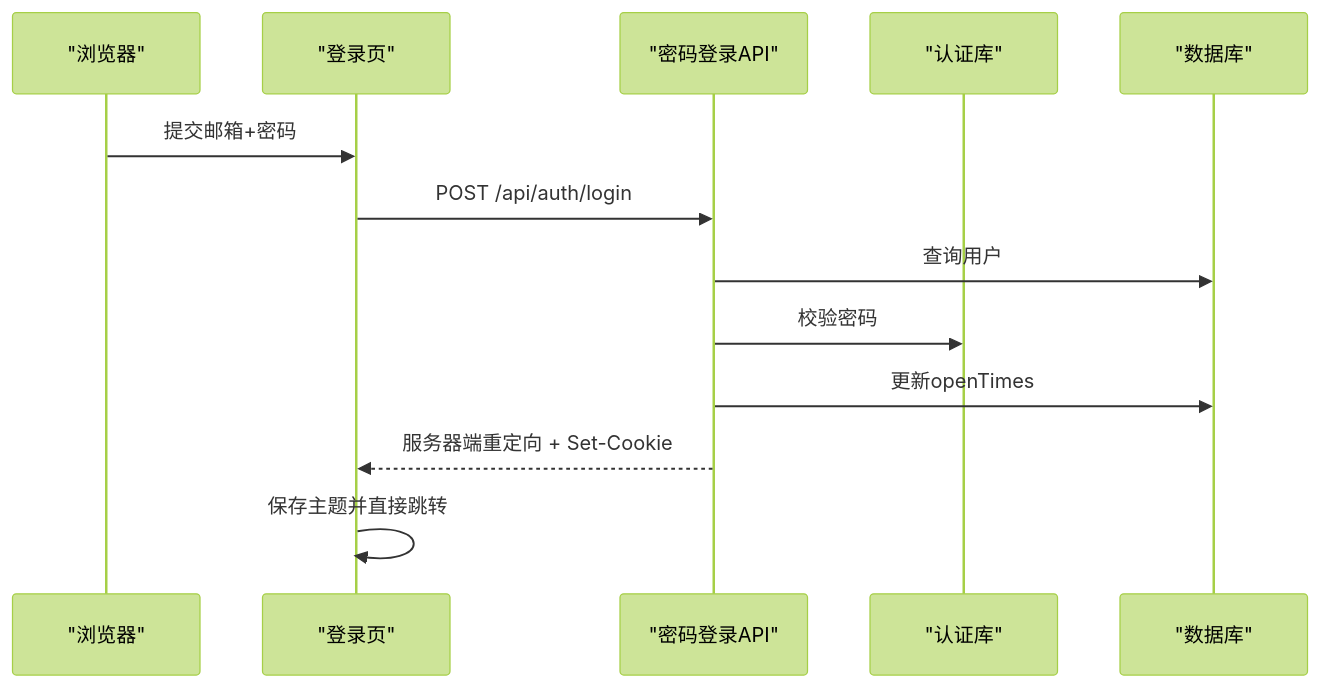
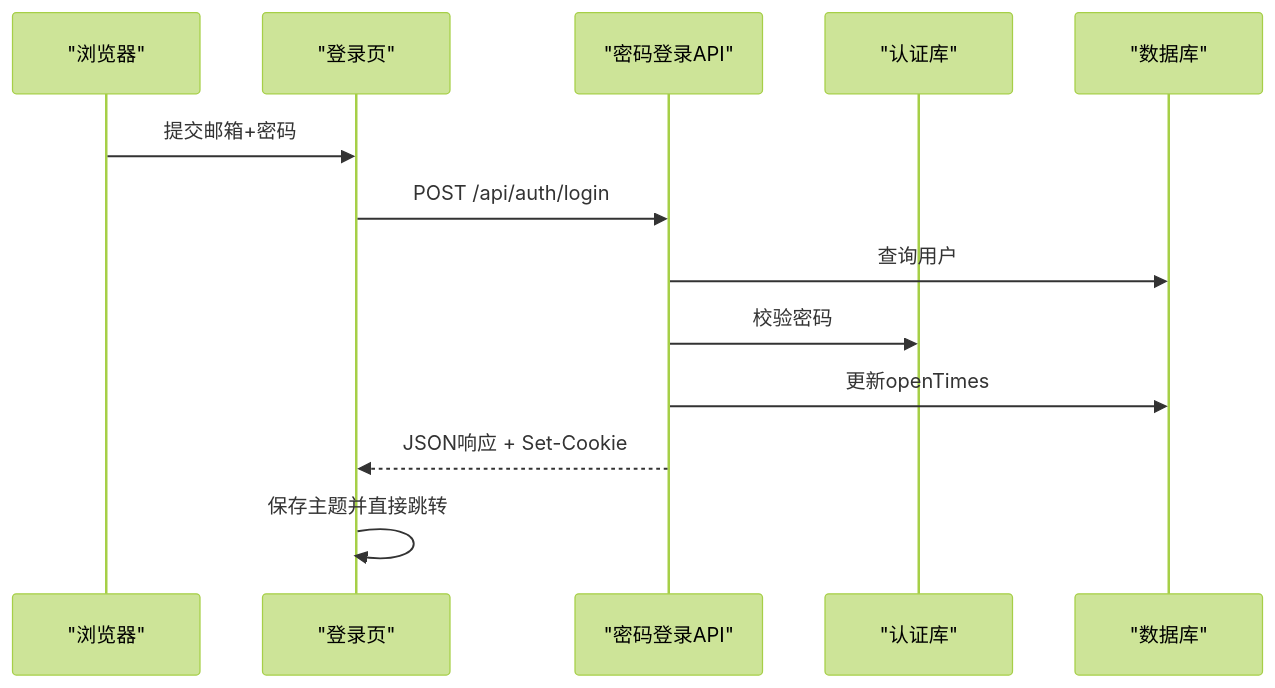
The eighth of 10 diagrams in .qoder/repowiki/zh/content/用户认证系统/登录页面调试功能.md (kangkang919/xinya), drawn with Mermaid (forest theme) before and after one commit. The commit also changed other lines of this file and 35 other files, not shown here.

````diff
--- a/.qoder/repowiki/zh/content/用户认证系统/登录页面调试功能.md
+++ b/.qoder/repowiki/zh/content/用户认证系统/登录页面调试功能.md
@@ -497,15 +460,15 @@
 ```mermaid
 sequenceDiagram
 participant B as "浏览器"
 participant F as "登录页"
 participant A as "密码登录API"
 participant C as "认证库"
 participant D as "数据库"
 B->>F : 提交邮箱+密码
 F->>A : POST /api/auth/login
 A->>D : 查询用户
 A->>C : 校验密码
 A->>D : 更新openTimes
-A-->>F : 服务器端重定向 + Set-Cookie
+A-->>F : JSON响应 + Set-Cookie
 F->>F : 保存主题并直接跳转
 ```
````
